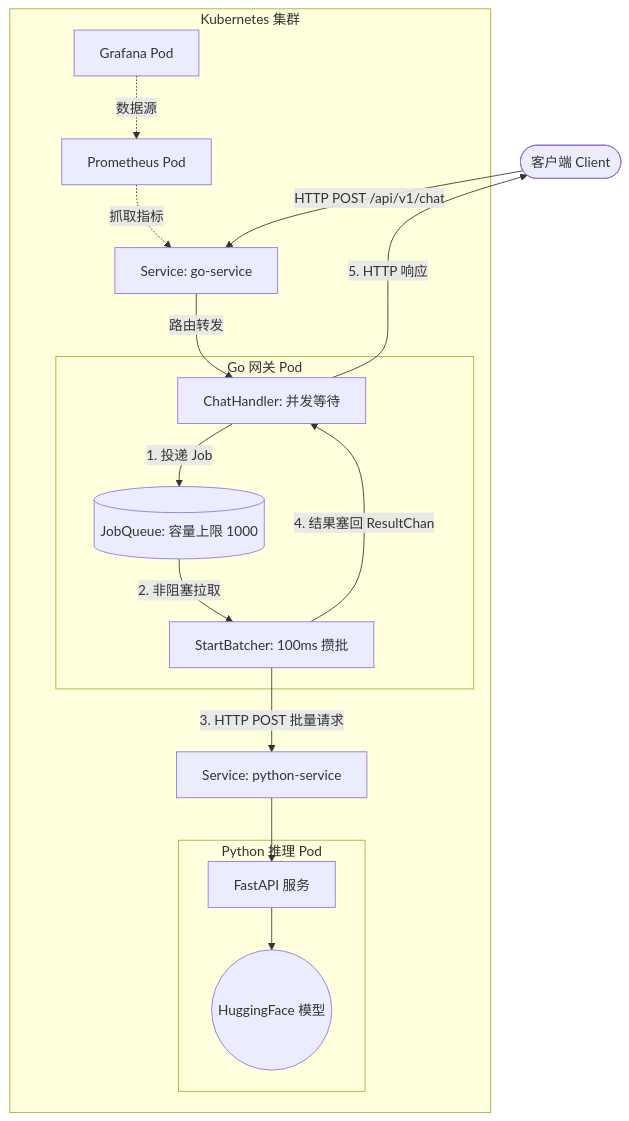
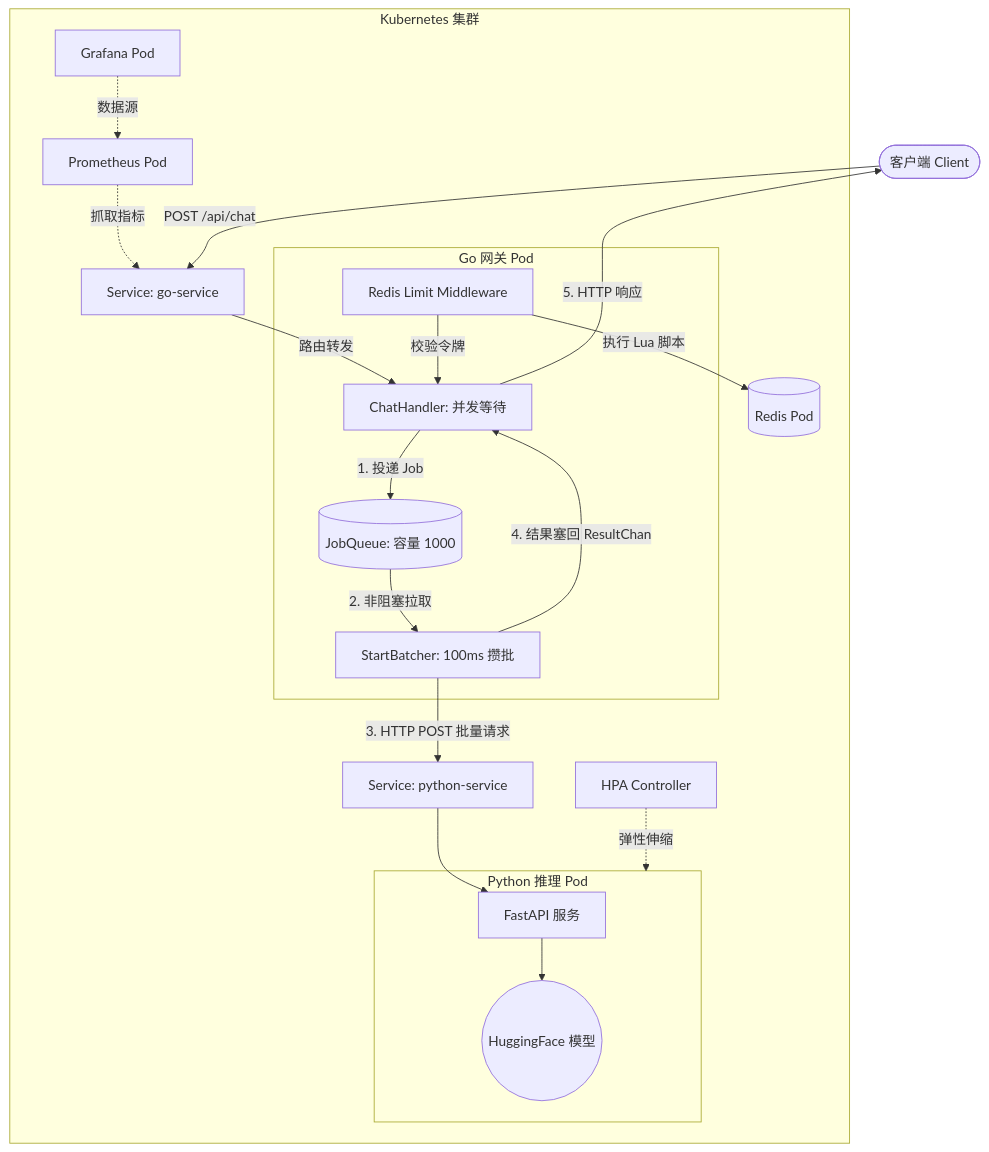
One commit to dtr222222/ai-inference-gateway changed the diagram in README.md. Above: the diagram before and after it, drawn with Mermaid. The commit also changed other lines of this file and 7 other files, not shown here.

````diff
--- a/README.md
+++ b/README.md
@@ -35,31 +34,38 @@
 ```mermaid
 graph TD
     Client([客户端 Client])
     SVC_GW[Service: go-service]
     
     subgraph K8s_Cluster [Kubernetes 集群]
         SVC_GW -->|路由转发| ChatHandler
         
         subgraph Go_Gateway_Pod [Go 网关 Pod]
+            RedisMW[Redis Limit Middleware]
             ChatHandler[ChatHandler: 并发等待]
-            JobQueue[(JobQueue: 容量上限 1000)]
+            JobQueue[(JobQueue: 容量 1000)]
             Batcher[StartBatcher: 100ms 攒批]
+            
+            RedisMW -->|校验令牌| ChatHandler
             ChatHandler -->|1. 投递 Job| JobQueue
             JobQueue -->|2. 非阻塞拉取| Batcher
         end
+        
+        RedisPod[(Redis Pod)]
+        RedisMW -->|执行 Lua 脚本| RedisPod
         
         Batcher -->|3. HTTP POST 批量请求| SVC_PY[Service: python-service]
         
         subgraph Python_Pod [Python 推理 Pod]
             FastAPI[FastAPI 服务] --> Model((HuggingFace 模型))
         end
         SVC_PY --> FastAPI
         
+        HPA[HPA Controller] -.->|弹性伸缩| Python_Pod
         Prometheus[Prometheus Pod] -.->|抓取指标| SVC_GW
         Grafana[Grafana Pod] -.->|数据源| Prometheus
     end
 
-    Client -->|HTTP POST /api/v1/chat| SVC_GW
+    Client -->|POST /api/chat| SVC_GW
     Batcher -->|4. 结果塞回 ResultChan| ChatHandler
     ChatHandler -->|5. HTTP 响应| Client
 ```
````
